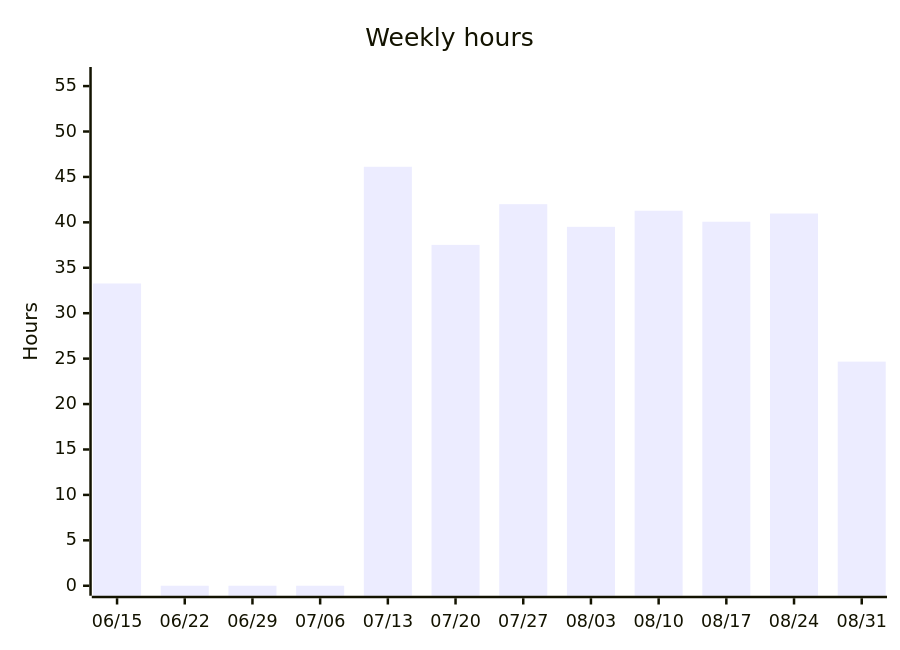
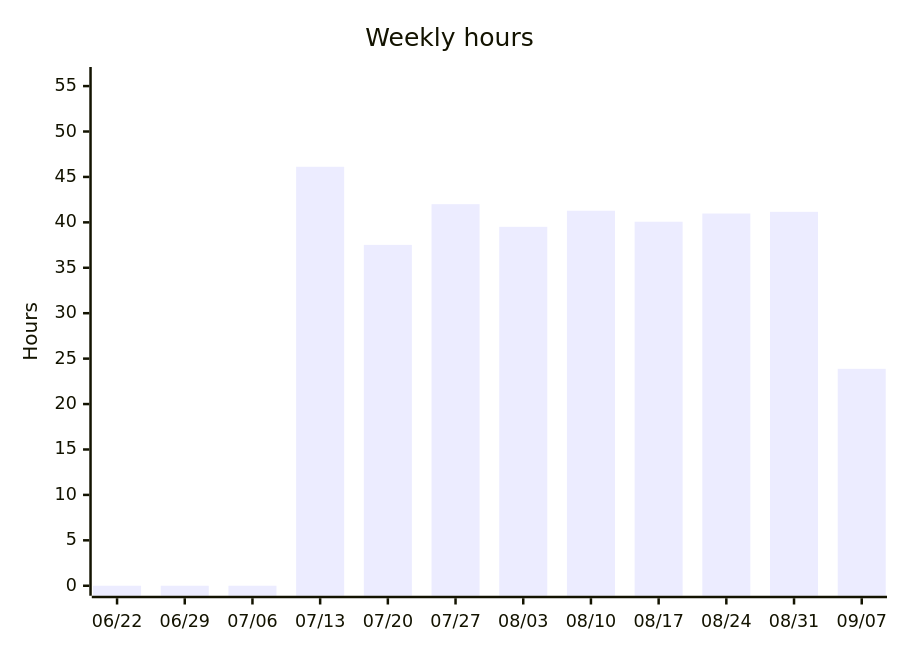
The third of 5 diagrams in README.org (albinforsberg-netizen/timeclock), drawn with Mermaid before and after one commit. The commit also changed other lines of this file, not shown here.

```diff
--- a/README.org
+++ b/README.org
@@ -108,7 +108,7 @@
 #+begin_src mermaid
 xychart-beta
     title "Weekly hours"
-    x-axis ["06/15", "06/22", "06/29", "07/06", "07/13", "07/20", "07/27", "08/03", "08/10", "08/17", "08/24", "08/31"]
+    x-axis ["06/22", "06/29", "07/06", "07/13", "07/20", "07/27", "08/03", "08/10", "08/17", "08/24", "08/31", "09/07"]
     y-axis "Hours" 0 --> 56
-    bar [33.27, 0.00, 0.00, 0.00, 46.12, 37.52, 42.00, 39.51, 41.28, 40.07, 40.97, 24.67]
+    bar [0.00, 0.00, 0.00, 46.12, 37.52, 42.00, 39.51, 41.28, 40.07, 40.97, 41.16, 23.88]
 #+end_src
```
